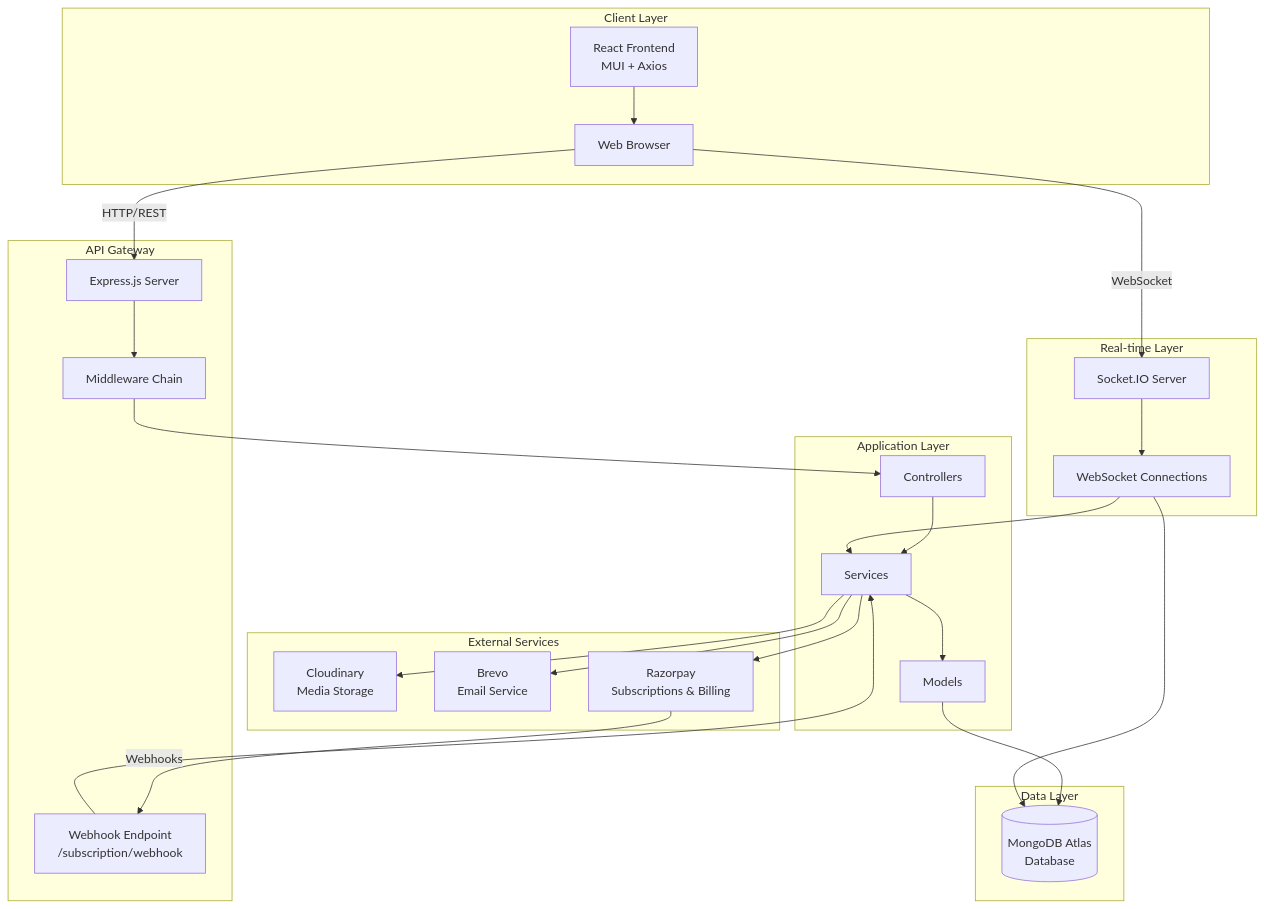
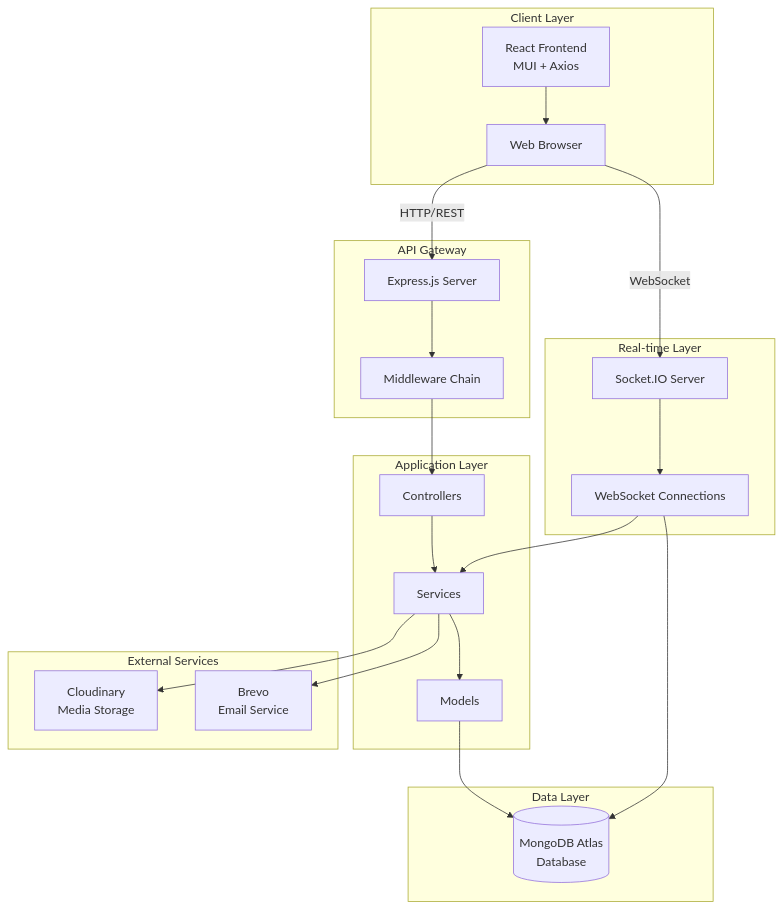
Before and after one commit to Jainam2204/IT-643: the first of 4 diagrams in docs/Design_Document.md, drawn with Mermaid.

Commit message:
Update design document by removing webhook and billing
Removed references to Webhook Endpoint and Razorpay in the design document.

````diff
--- a/docs/Design_Document.md
+++ b/docs/Design_Document.md
@@ -44,58 +44,49 @@
 ```mermaid
 graph TB
     subgraph "Client Layer"
         A[React Frontend<br/>MUI + Axios]
         A1[Web Browser]
     end
-
+    
     subgraph "API Gateway"
         B[Express.js Server]
         B1[Middleware Chain]
-        W[Webhook Endpoint<br/>/subscription/webhook]
     end
-
+    
     subgraph "Application Layer"
         C[Controllers]
         C1[Services]
         C2[Models]
     end
-
+    
     subgraph "Real-time Layer"
         D[Socket.IO Server]
         D1[WebSocket Connections]
     end
-
+    
     subgraph "Data Layer"
         E[(MongoDB Atlas<br/>Database)]
     end
-
+    
     subgraph "External Services"
         F[Cloudinary<br/>Media Storage]
         G[Brevo<br/>Email Service]
-        R[Razorpay<br/>Subscriptions & Billing]
     end
-
+    
     A --> A1
     A1 -->|HTTP/REST| B
     A1 -->|WebSocket| D
-
     B --> B1
     B1 --> C
-
     C --> C1
     C1 --> C2
     C2 --> E
-
     C1 --> F
     C1 --> G
-    C1 --> R
-
-    R -->|Webhooks| W
-    W --> C1
-
     D --> D1
     D1 --> C1
     D1 --> E
 
 
+
 ```
````
